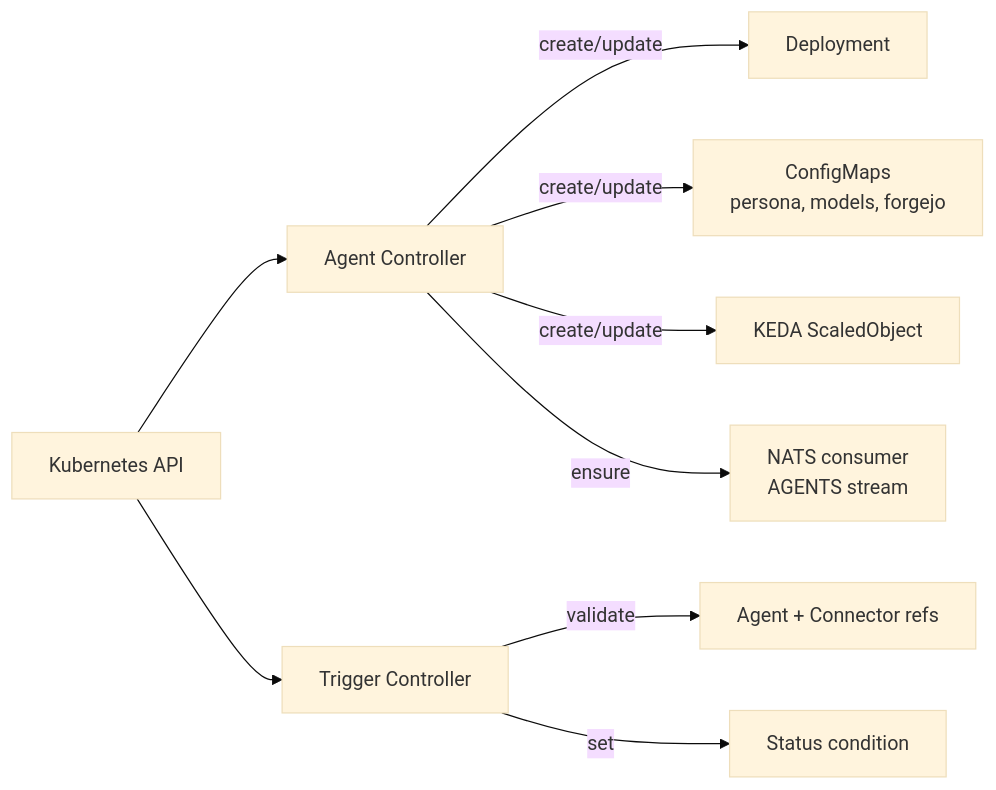
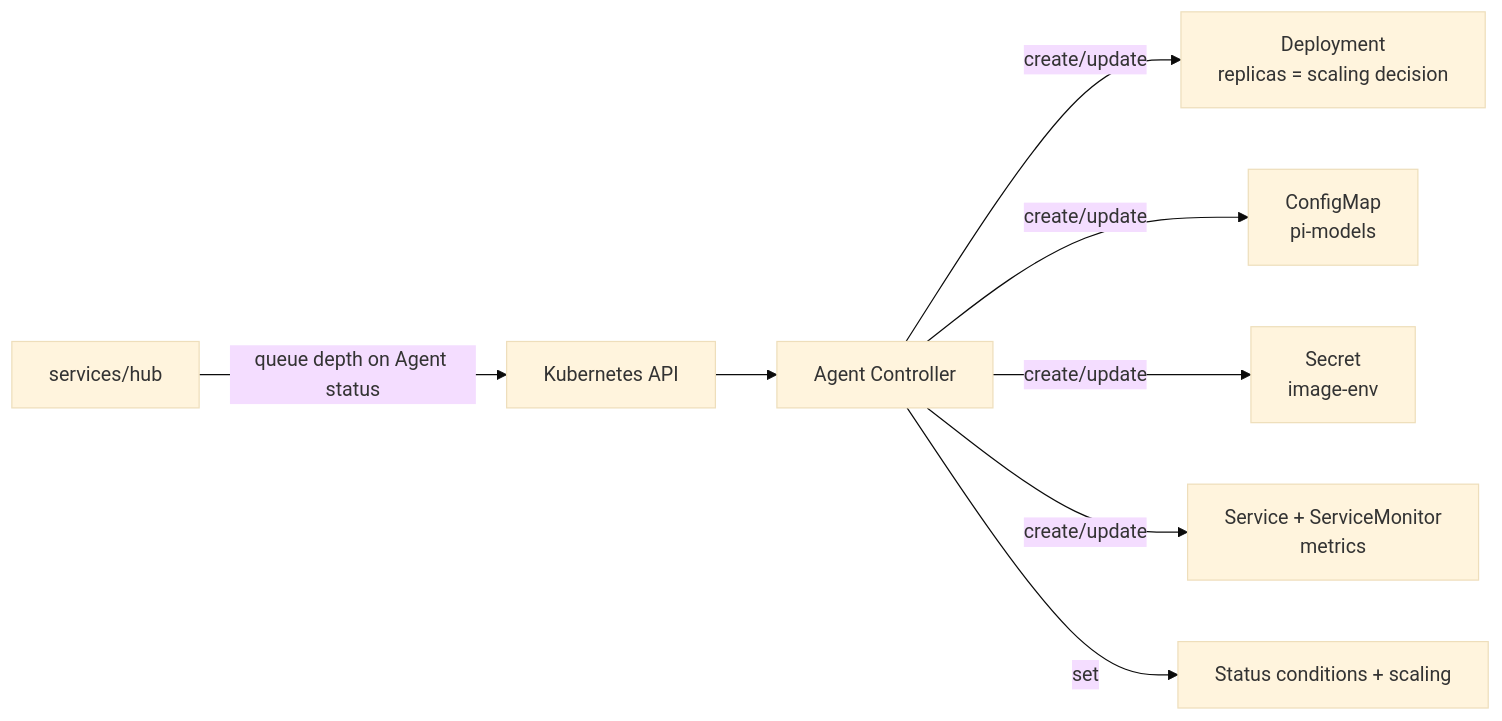
The diagram in operators/agent/README.md (DominikPinsel/ainsel), drawn with Mermaid (base theme) before and after one commit. The commit also changed other lines of this file and 7 other files, not shown here.

Commit message:
docs: replace the removed KEDA/NATS autoscaling design with the queue-driven one (#294)

````diff
--- a/operators/agent/README.md
+++ b/operators/agent/README.md
@@ -23,13 +24,11 @@
 ```mermaid
 graph LR
     K8s[Kubernetes API] --> AC[Agent Controller]
-    K8s --> TC[Trigger Controller]
+    HUB[services/hub] -->|queue depth on Agent status| K8s
 
-    AC -->|create/update| D[Deployment]
-    AC -->|create/update| CM[ConfigMaps<br/>persona, models, forgejo]
-    AC -->|create/update| SO[KEDA ScaledObject]
-    AC -->|ensure| NC[NATS consumer<br/>AGENTS stream]
-
-    TC -->|validate| AR[Agent + Connector refs]
-    TC -->|set| ST[Status condition]
+    AC -->|create/update| D[Deployment<br/>replicas = scaling decision]
+    AC -->|create/update| CM[ConfigMap<br/>pi-models]
+    AC -->|create/update| SEC[Secret<br/>image-env]
+    AC -->|create/update| SVC[Service + ServiceMonitor<br/>metrics]
+    AC -->|set| COND[Status conditions + scaling]
 ```
````
